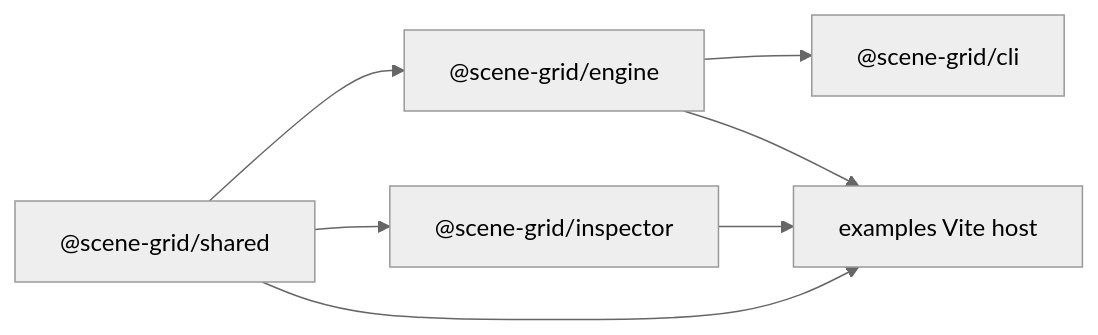
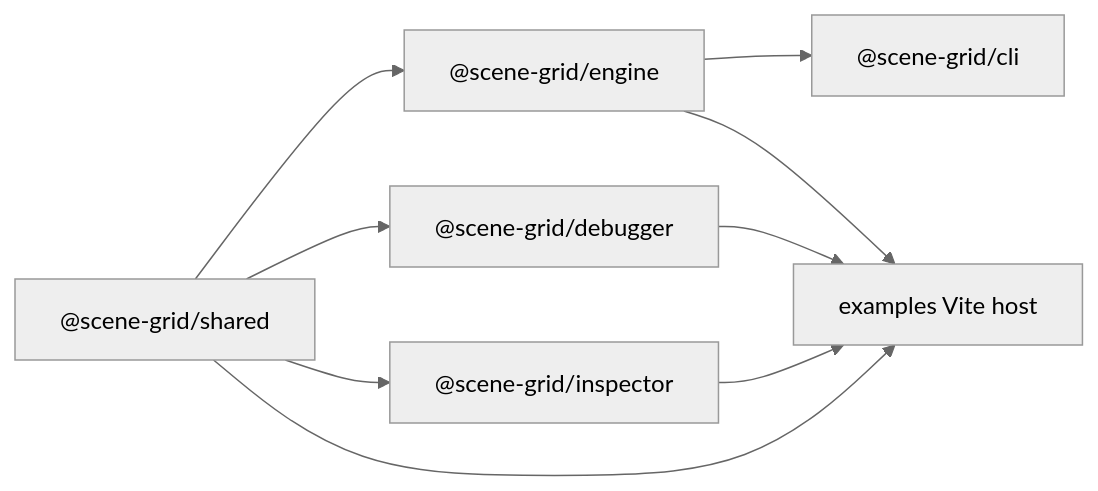
Before and after one commit to rapt0p7/scenegrid-console: the first of 2 diagrams in openwiki/architecture/overview.md, drawn with Mermaid (neutral theme). The commit also changed other lines of this file and 50 other files, not shown here.

````diff
--- a/openwiki/architecture/overview.md
+++ b/openwiki/architecture/overview.md
@@ -57,15 +60,18 @@
 ```mermaid
 flowchart LR
     shared["@scene-grid/shared"]
     engine["@scene-grid/engine"]
+    debugger["@scene-grid/debugger"]
     inspector["@scene-grid/inspector"]
     cli["@scene-grid/cli"]
     example["examples Vite host"]
 
     shared --> engine
+    shared --> debugger
     shared --> inspector
     engine --> cli
     engine --> example
+    debugger --> example
     inspector --> example
     shared --> example
 ```
````
